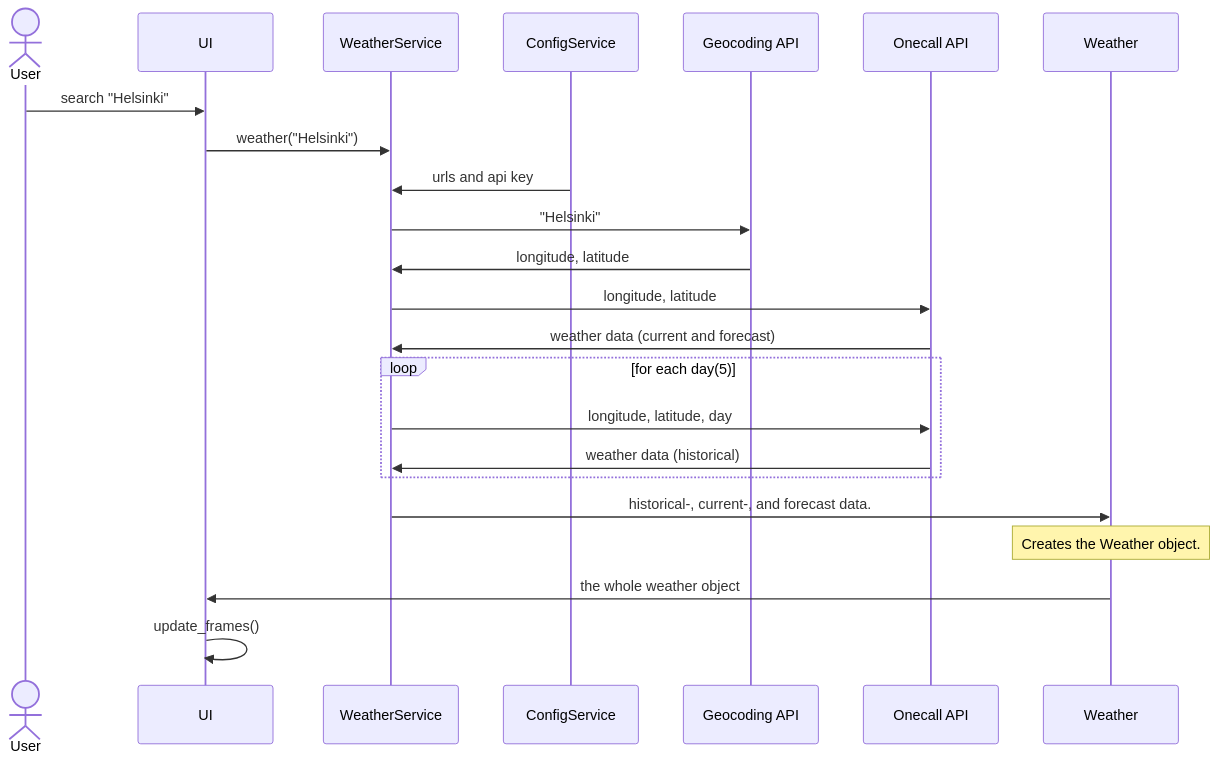
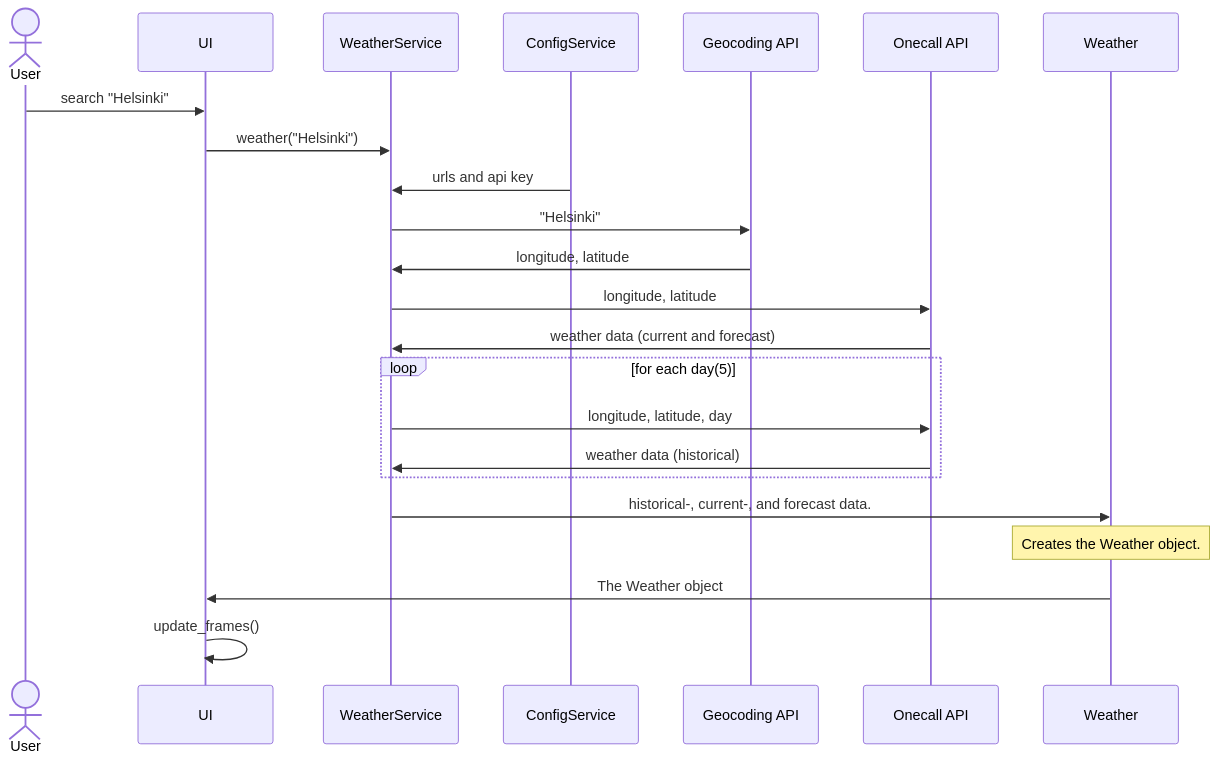
One commit to matiasto/ot-harjoitustyo changed diagram 12 of 12 in documentation/architecture.md. Above: the diagram before and after it, drawn with Mermaid. The commit also changed other lines of this file and 2 other files, not shown here.

````diff
--- a/documentation/architecture.md
+++ b/documentation/architecture.md
@@ -388,30 +388,30 @@
 ```mermaid
     sequenceDiagram
 
     actor User
     participant UI
     participant WeatherService
     participant ConfigService
     participant Geocoding API
     participant Onecall API
     participant Weather
 
     User ->> UI: search "Helsinki"
     UI ->> WeatherService: weather("Helsinki")
     ConfigService ->> WeatherService: urls and api key
     WeatherService ->> Geocoding API: "Helsinki"
     Geocoding API ->> WeatherService: longitude, latitude
     WeatherService ->> Onecall API: longitude, latitude
     Onecall API ->> WeatherService: weather data (current and forecast)
 
     loop for each day(5)
     WeatherService ->> Onecall API: longitude, latitude, day
     Onecall API ->> WeatherService: weather data (historical)
     end
 
     WeatherService ->> Weather: historical-, current-, and forecast data.
     Note over Weather: Creates the Weather object.
-    Weather ->> UI: the whole weather object
+    Weather ->> UI: The Weather object
     UI ->> UI: update_frames()
 
 ```
````
